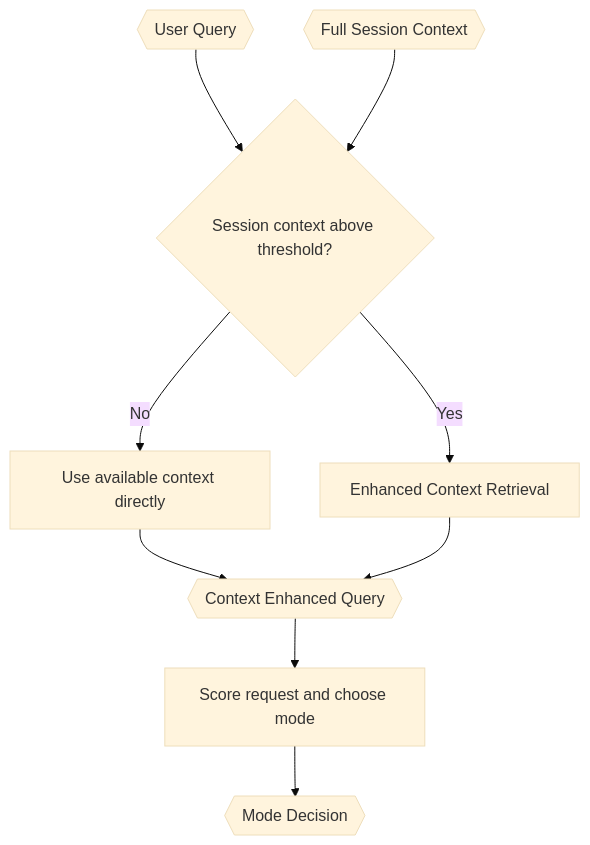
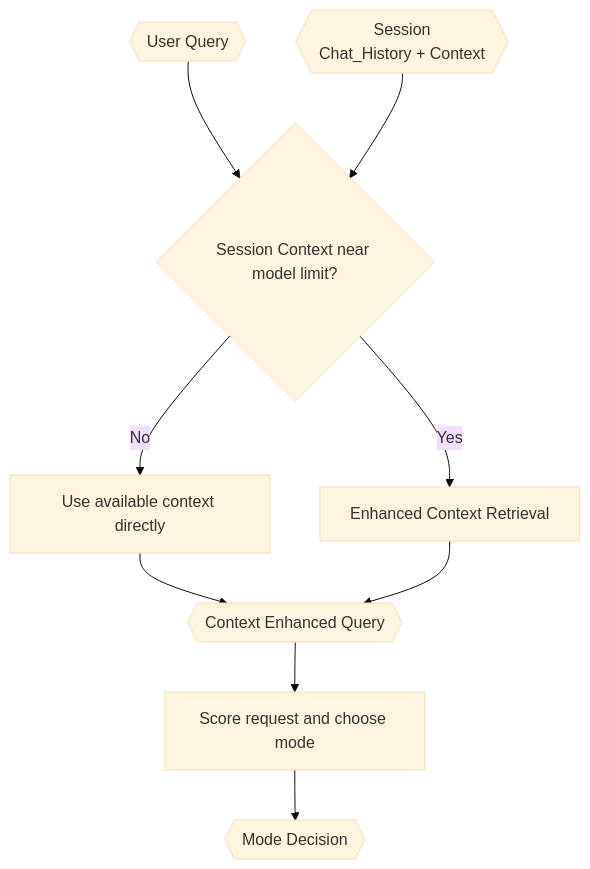
The diagram in src/tinycua/docs/architecture/query-analyst.md (VJyzCELERY/TINYCUA), drawn with Mermaid (base theme) before and after one commit. The commit also changed other lines of this file and 14 other files, not shown here.

Commit message:
docs(architecture): add session architecture model

````diff
--- a/src/tinycua/docs/architecture/query-analyst.md
+++ b/src/tinycua/docs/architecture/query-analyst.md
@@ -63,20 +65,20 @@
 ```mermaid
 flowchart TD
     UQ{{"User Query"}}
-    FSC{{"Full Session Context"}}
-    SIZE{"Session context above threshold?"}
+    FSC{{"Session\nChat_History + Context"}}
+    SIZE{"Session Context near model limit?"}
     DIRECT["Use available context directly"]
     RETRIEVE["Enhanced Context Retrieval"]
     CEQ{{"Context Enhanced Query"}}
     CLASSIFY["Score request and choose mode"]
     MD{{"Mode Decision"}}
 
     UQ --> SIZE
     FSC --> SIZE
     SIZE -->|No| DIRECT
     SIZE -->|Yes| RETRIEVE
     DIRECT --> CEQ
     RETRIEVE --> CEQ
     CEQ --> CLASSIFY
     CLASSIFY --> MD
 ```
````
